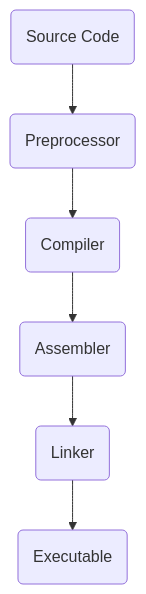
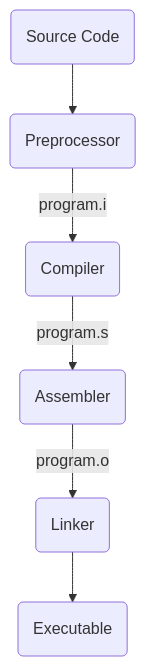
The first of 2 diagrams in assignment1.md (mantejjosan/ppslab), drawn with Mermaid before and after one commit. The commit also changed other lines of this file, not shown here.

````diff
--- a/assignment1.md
+++ b/assignment1.md
@@ -50,8 +48,8 @@
 ```mermaid
 graph TD;
     A(Source Code) --> B(Preprocessor)
-    B --> C(Compiler)
-    C --> D(Assembler)
-    D --> E(Linker)
+    B --> |program.i| C(Compiler)
+    C --> |program.s| D(Assembler)
+    D --> |program.o| E(Linker)
     E --> F(Executable)
 ```
````
